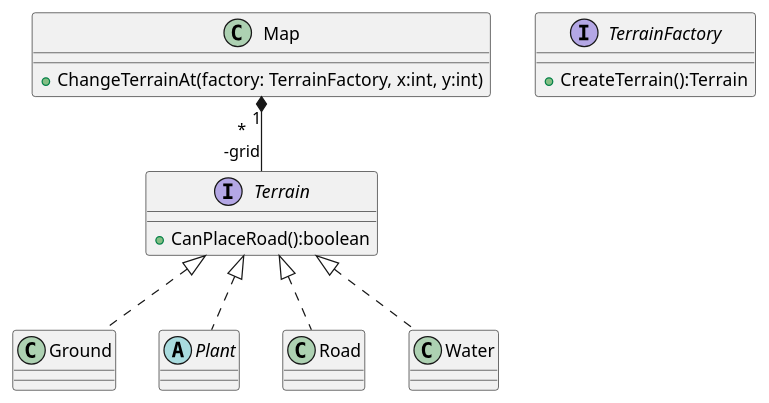
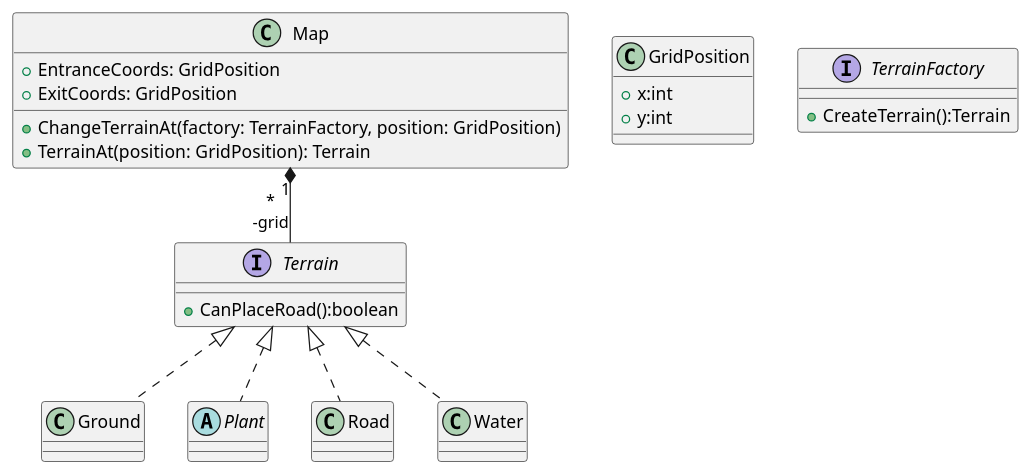
One commit to Peter-Balint/SafariGame changed the diagram in class-diagram/model/map.plantuml. Above: the diagram before and after it, drawn with PlantUML. The commit also changed 4 other files, not shown here.

```diff
--- a/class-diagram/model/map.plantuml
+++ b/class-diagram/model/map.plantuml
@@ -1,35 +1,43 @@
 @startuml
 class Map{
-    +ChangeTerrainAt(factory: TerrainFactory, x:int, y:int)
+    +EntranceCoords: GridPosition
+    +ExitCoords: GridPosition
+    +ChangeTerrainAt(factory: TerrainFactory, position: GridPosition)
+    +TerrainAt(position: GridPosition): Terrain
+}
+
+class GridPosition{
+    +x:int
+    +y:int
 }
 
 interface Terrain{
     +CanPlaceRoad():boolean
 }
 
 class Ground{}
 
 abstract class Plant{
 
 }
 
 class Road{
 
 }
 
 class Water{
 
 }
 
 Map "1" *-- "*\n-grid" Terrain
 Terrain <|.. Ground
 Terrain <|.. Plant
 Terrain <|.. Road
 Terrain <|.. Water
 
 
 interface TerrainFactory{
     +CreateTerrain():Terrain
 }
 
 @enduml
```
